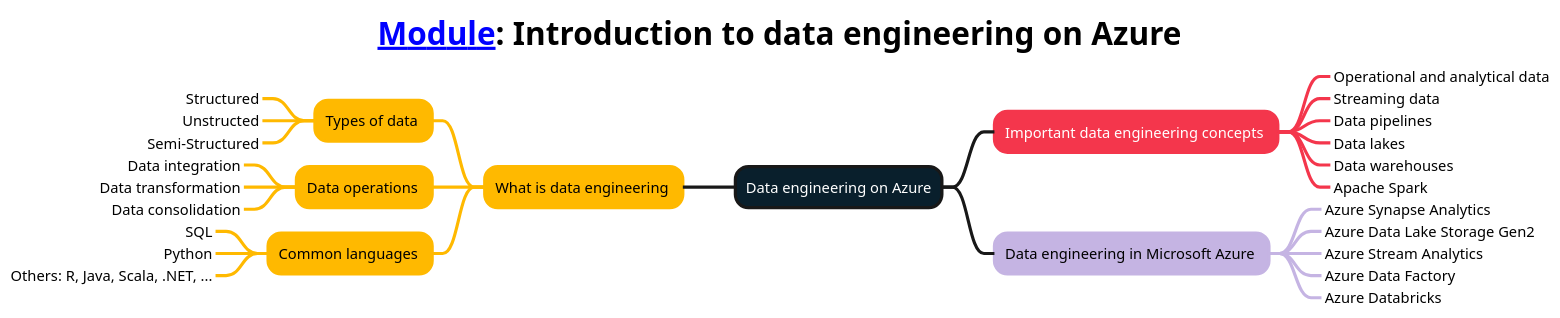
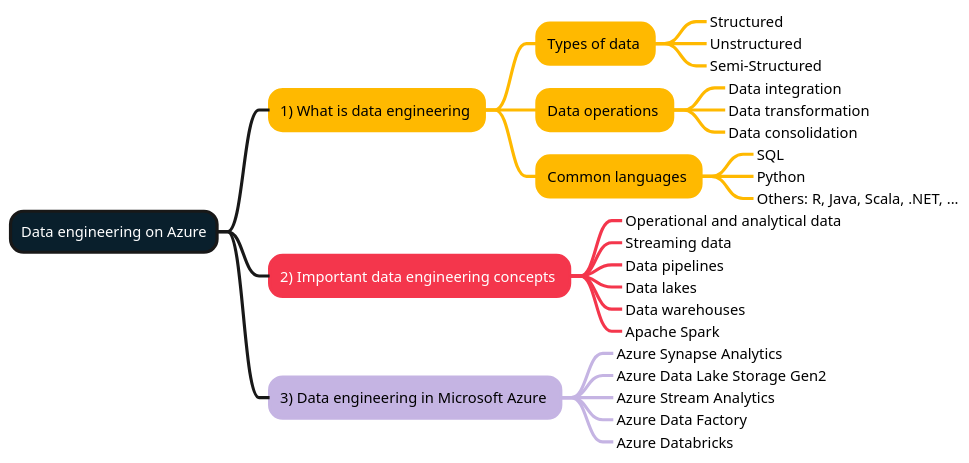
One commit to weslbo/dp-203 changed the diagram in mindmaps/01-Introduction to data engineering on Azure.plantuml. Above: the diagram before and after it, drawn with PlantUML. The commit also changed 72 other files, not shown here.

Commit message:
Updated mindmaps

```diff
--- a/mindmaps/01-Introduction to data engineering on Azure.plantuml
+++ b/mindmaps/01-Introduction to data engineering on Azure.plantuml
@@ -1,73 +1,66 @@
 @startmindmap
 <style>
-title {
-        FontSize 30
-        FontColor #000000
-    }
-mindmapDiagram {
-    :depth(0) {
-        BackgroundColor #091f2c
-        FontColor #ffffff
-        LineThickness 3.0
-    }
-    .topic1 {
-        BackgroundColor #ffb900
-        LineColor #ffb900
-        LineThickness 3.0
-        FontColor #000000
-    }
-    .topic2 {
-        BackgroundColor #f4364c
-        LineColor #f4364c
-        LineThickness 3.0
-        FontColor #ffffff
-    }
-    .topic3 {
-        BackgroundColor #c5b4e3
-        LineColor #c5b4e3
-        LineThickness 3.0
-        FontColor #000000
-    }
-    .topic4 {
-        BackgroundColor #e1d3c7
-        LineColor #e1d3c7
-        LineThickness 3.0
-        FontColor #000000
-    }
-    .topic5 {
-        BackgroundColor #07641d
-        LineColor #07641d
-        LineThickness 3.0
-        FontColor #ffffff
-    }
+:depth(0) {
+    BackgroundColor #091f2c
+    FontColor #ffffff
+    LineThickness 3.0
+}
+.topic1 {
+    BackgroundColor #ffb900
+    LineColor #ffb900
+    LineThickness 3.0
+    FontColor #000000
+}
+.topic2 {
+    BackgroundColor #f4364c
+    LineColor #f4364c
+    LineThickness 3.0
+    FontColor #ffffff
+}
+.topic3 {
+    BackgroundColor #c5b4e3
+    LineColor #c5b4e3
+    LineThickness 3.0
+    FontColor #000000
+}
+.topic4 {
+    BackgroundColor #e1d3c7
+    LineColor #e1d3c7
+    LineThickness 3.0
+    FontColor #000000
+}
+.topic5 {
+    BackgroundColor #07641d
+    LineColor #07641d
+    LineThickness 3.0
+    FontColor #ffffff
 }
 </style>
-title [[https://learn.microsoft.com/training/modules/introduction-to-data-engineering-azure/ Module]]: Introduction to data engineering on Azure 
 + Data engineering on Azure
--- What is data engineering <<topic1>>
---- Types of data <<topic1>>
-----_ Structured
-----_ Unstructed
-----_ Semi-Structured
---- Data operations <<topic1>>
-----_ Data integration
-----_ Data transformation
-----_ Data consolidation
---- Common languages <<topic1>>
-----_ SQL
-----_ Python
-----_ Others: R, Java, Scala, .NET, ...
-++ Important data engineering concepts <<topic2>>
+++ 1) What is data engineering <<topic1>>
++++ Types of data <<topic1>>
+++++_ Structured
+++++_ Unstructured
+++++_ Semi-Structured
++++ Data operations <<topic1>>
+++++_ Data integration
+++++_ Data transformation
+++++_ Data consolidation
++++ Common languages <<topic1>>
+++++_ SQL
+++++_ Python
+++++_ Others: R, Java, Scala, .NET, ...
+++ 2) Important data engineering concepts <<topic2>>
 +++_ Operational and analytical data
 +++_ Streaming data
 +++_ Data pipelines
 +++_ Data lakes
 +++_ Data warehouses
 +++_ Apache Spark
-++ Data engineering in Microsoft Azure <<topic3>>
+++ 3) Data engineering in Microsoft Azure <<topic3>>
 +++_ Azure Synapse Analytics
 +++_ Azure Data Lake Storage Gen2
 +++_ Azure Stream Analytics
 +++_ Azure Data Factory
 +++_ Azure Databricks
 @endmindmap
```
